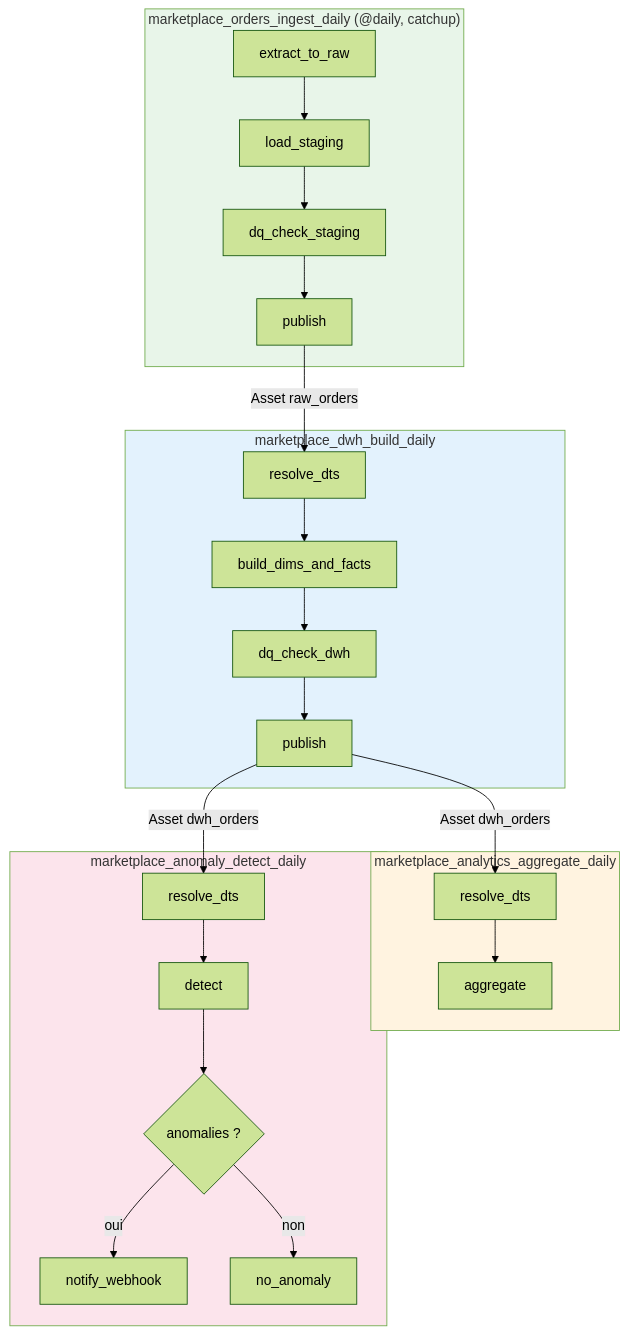
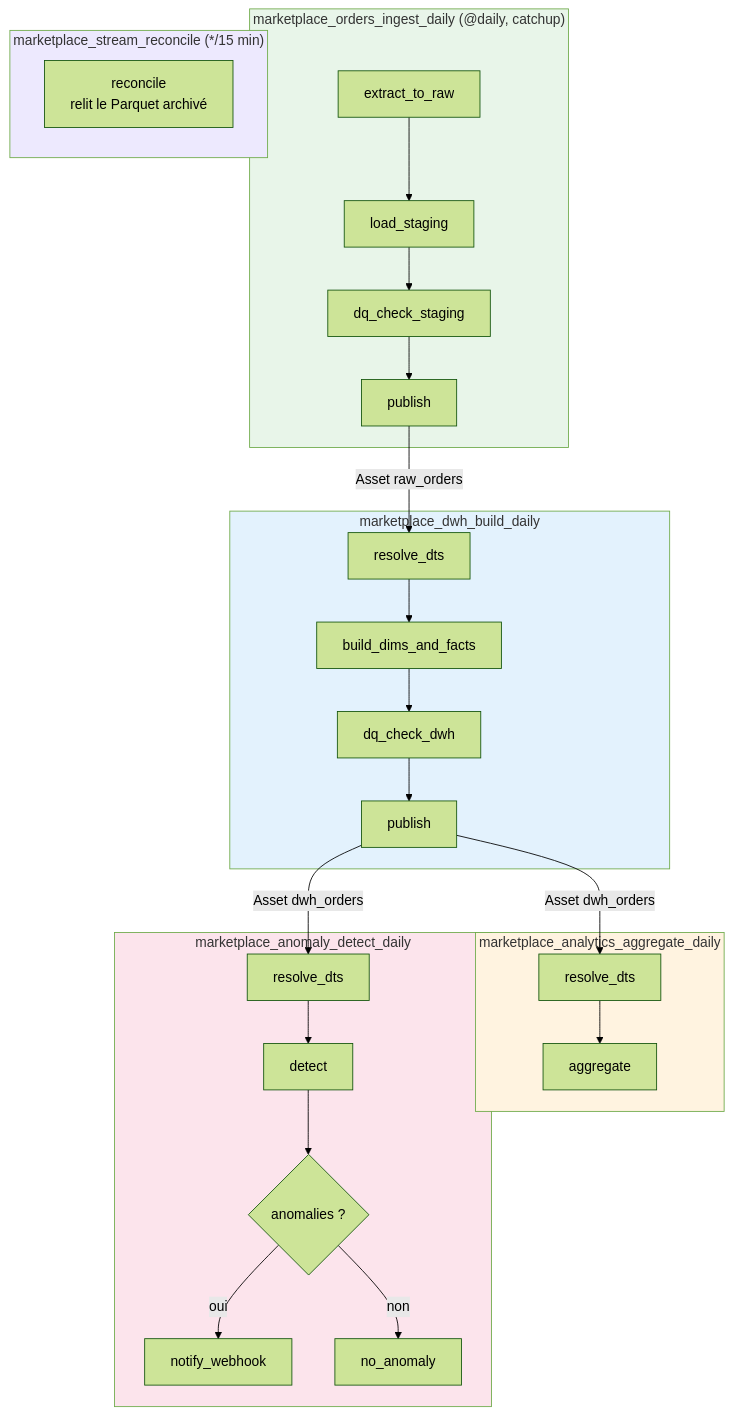
The fourth of 5 diagrams in README.md (MatisAgr/IPSSI_Projet_MarketData), drawn with Mermaid (forest theme) before and after one commit. The commit also changed other lines of this file and 13 other files, not shown here.

First line of the commit message:
feat: Implement Lambda Architecture for Marketplace Analytics

````diff
--- a/README.md
+++ b/README.md
@@ -51,26 +158,31 @@
 ```mermaid
 flowchart TD
     subgraph dag1["marketplace_orders_ingest_daily (@daily, catchup)"]
         e1["extract_to_raw"] --> e2["load_staging"] --> e3["dq_check_staging"] --> e4["publish"]
     end
     subgraph dag2["marketplace_dwh_build_daily"]
         d1["resolve_dts"] --> d2["build_dims_and_facts"] --> d3["dq_check_dwh"] --> d4["publish"]
     end
     subgraph dag3["marketplace_analytics_aggregate_daily"]
         a1["resolve_dts"] --> a2["aggregate"]
     end
     subgraph dag4["marketplace_anomaly_detect_daily"]
         n1["resolve_dts"] --> n2["detect"] --> n3{"anomalies ?"}
         n3 -- oui --> n4["notify_webhook"]
         n3 -- non --> n5["no_anomaly"]
     end
 
+    subgraph dag5["marketplace_stream_reconcile (*/15 min)"]
+        r1["reconcile<br/>relit le Parquet archivé"]
+    end
+
     e4 -- "Asset raw_orders" --> d1
     d4 -- "Asset dwh_orders" --> a1
     d4 -- "Asset dwh_orders" --> n1
 
     style dag1 fill:#e8f5e9
     style dag2 fill:#e3f2fd
     style dag3 fill:#fff3e0
     style dag4 fill:#fce4ec
+    style dag5 fill:#ede9fe
 ```
````
